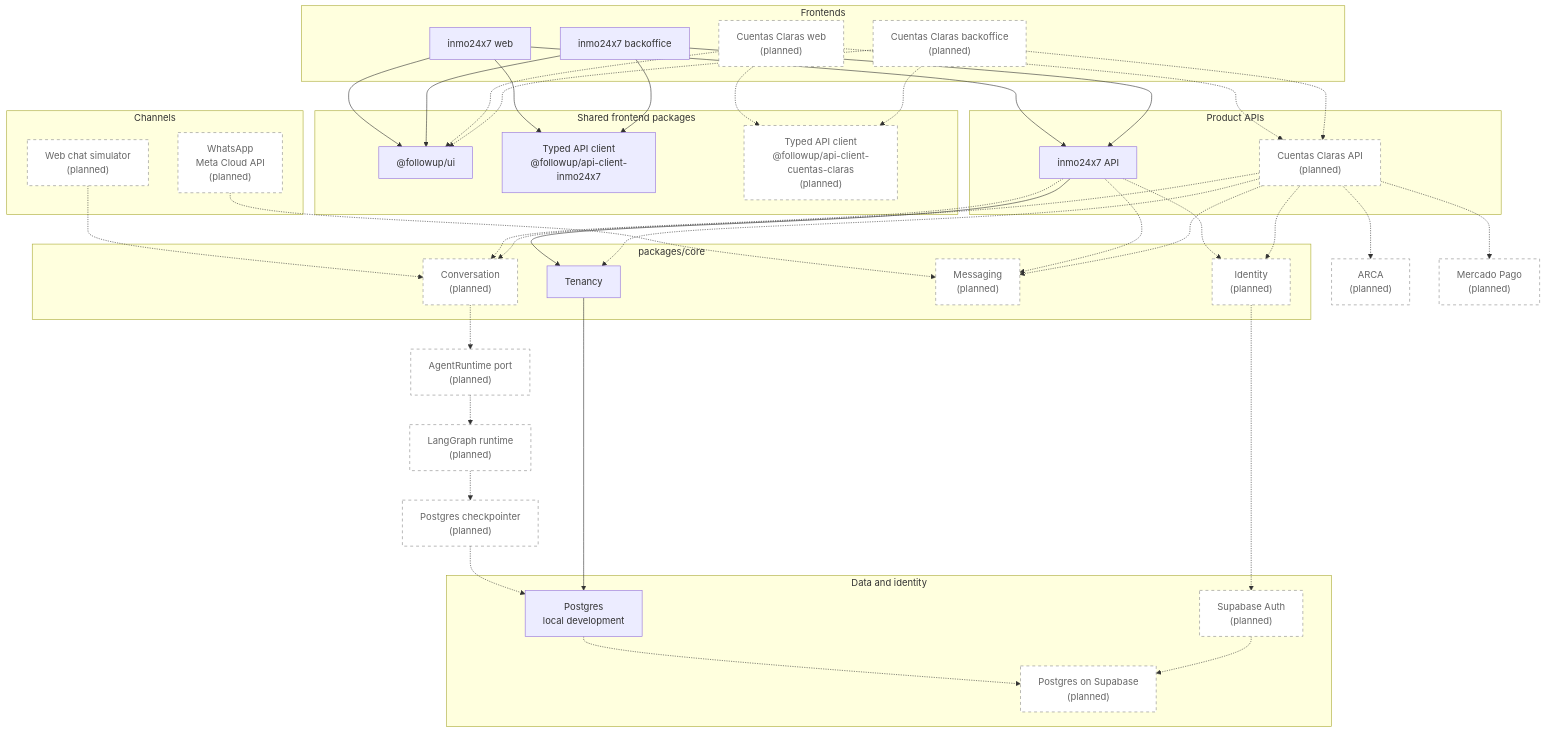
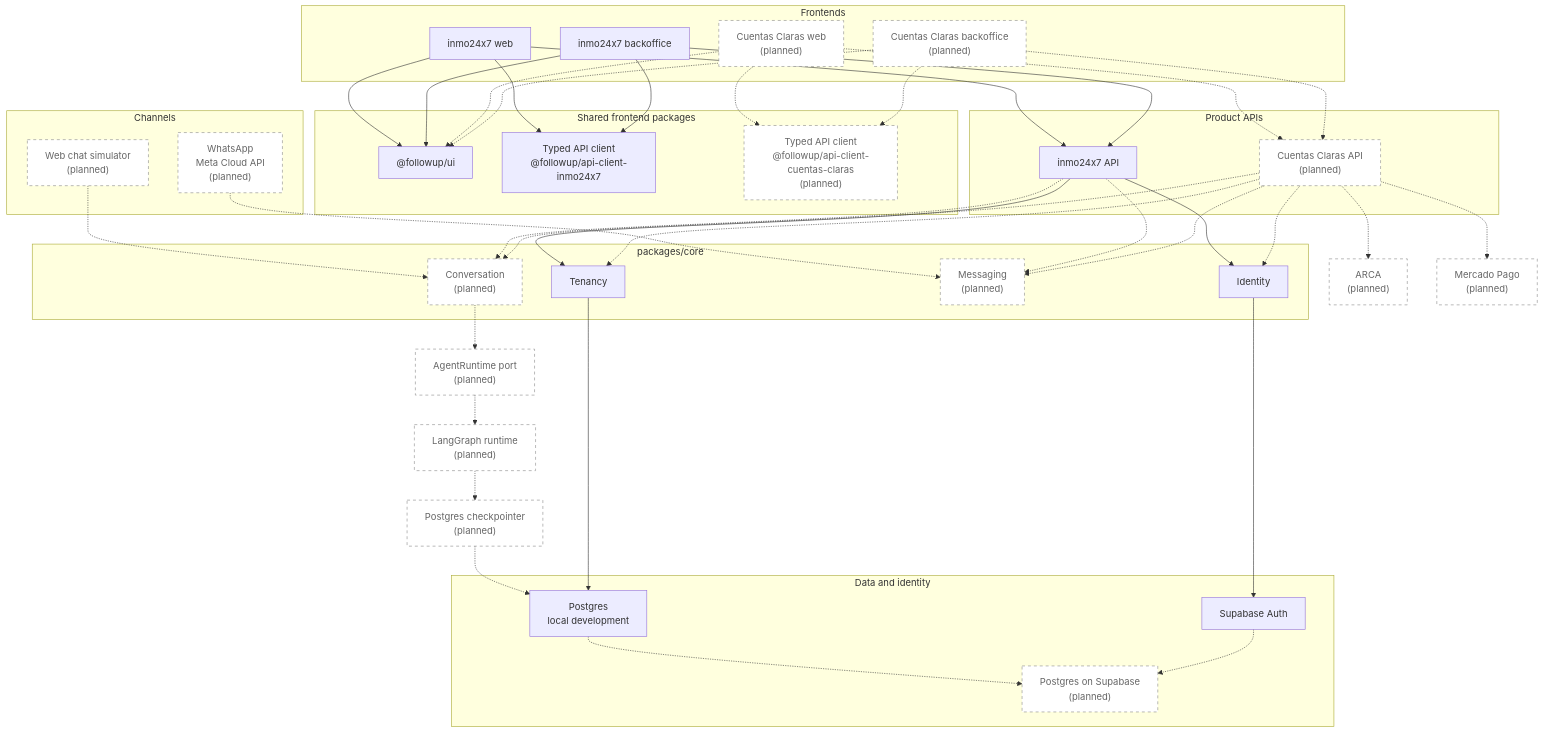
The first of 2 diagrams in README.md (joseluismuzikant/followup-agent-24x7), drawn with Mermaid before and after one commit. The commit also changed other lines of this file and 79 other files, not shown here.

Commit message:
feat: add Supabase auth, sign-up, tenant scoping, and admin backoffice gate

````diff
--- a/README.md
+++ b/README.md
@@ -91,7 +91,7 @@
 
     subgraph Core["packages/core"]
         TENANCY["Tenancy"]
-        IDENTITY["Identity<br/>(planned)"]
+        IDENTITY["Identity"]
         MESSAGING["Messaging<br/>(planned)"]
         CONVERSATION["Conversation<br/>(planned)"]
     end
@@ -103,7 +103,7 @@
     subgraph Data["Data and identity"]
         POSTGRES["Postgres<br/>local development"]
         SUPABASE["Postgres on Supabase<br/>(planned)"]
-        AUTH["Supabase Auth<br/>(planned)"]
+        AUTH["Supabase Auth"]
     end
 
     ARCA["ARCA<br/>(planned)"]
@@ -128,7 +128,7 @@
     CC_BACKOFFICE -.-> CC_CLIENT
 
     API --> TENANCY
-    API -.-> IDENTITY
+    API --> IDENTITY
     API -.-> MESSAGING
     API -.-> CONVERSATION
     CC_API -.-> TENANCY
@@ -142,11 +142,11 @@
     CHECKPOINTER -.-> POSTGRES
     TENANCY --> POSTGRES
     POSTGRES -.-> SUPABASE
-    IDENTITY -.-> AUTH
+    IDENTITY --> AUTH
     AUTH -.-> SUPABASE
     CC_API -.-> ARCA
     CC_API -.-> MERCADO_PAGO
 
     classDef planned fill:#ffffff,stroke:#8b8b8b,stroke-width:1px,stroke-dasharray: 5 5,color:#666666;
-    class WHATSAPP,SIMULATOR,CC_WEB,CC_BACKOFFICE,CC_CLIENT,CC_API,IDENTITY,MESSAGING,CONVERSATION,PORT,LANGGRAPH,CHECKPOINTER,SUPABASE,AUTH,ARCA,MERCADO_PAGO planned;
+    class WHATSAPP,SIMULATOR,CC_WEB,CC_BACKOFFICE,CC_CLIENT,CC_API,MESSAGING,CONVERSATION,PORT,LANGGRAPH,CHECKPOINTER,SUPABASE,ARCA,MERCADO_PAGO planned;
 ```
````
